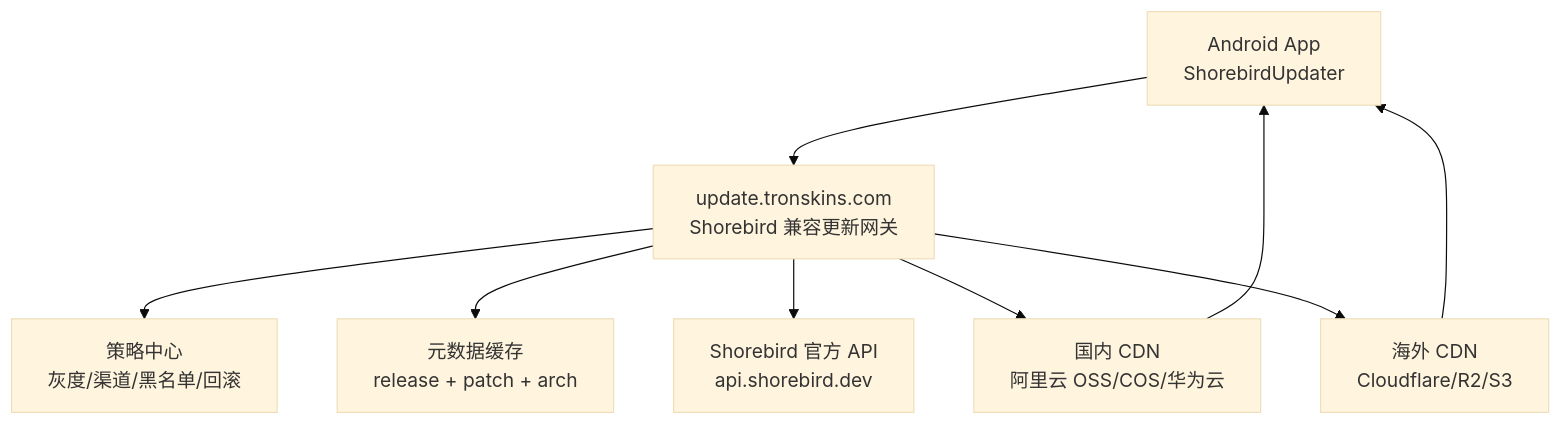
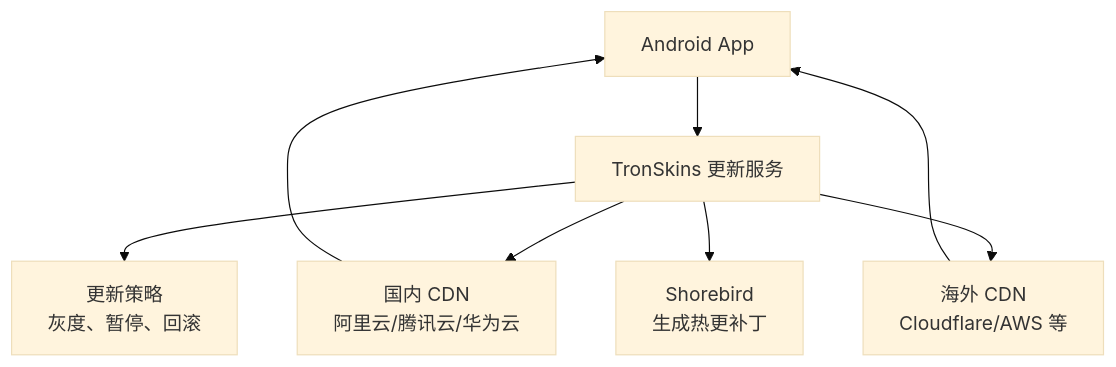
One commit to lzb036/tronskins-app-flutter-figma changed the diagram in 多元降级热更策略.md. Above: the diagram before and after it, drawn with Mermaid (base theme). The commit also changed other lines of this file, not shown here.

````diff
--- a/多元降级热更策略.md
+++ b/多元降级热更策略.md
@@ -67,11 +56,14 @@
 ```mermaid
 flowchart TD
-    A["Android App\nShorebirdUpdater"] --> B["update.tronskins.com\nShorebird 兼容更新网关"]
-    B --> C["策略中心\n灰度/渠道/黑名单/回滚"]
-    B --> D["元数据缓存\nrelease + patch + arch"]
-    B --> E["Shorebird 官方 API\napi.shorebird.dev"]
-    B --> F["国内 CDN\n阿里云 OSS/COS/华为云"]
-    B --> G["海外 CDN\nCloudflare/R2/S3"]
-    F --> A
-    G --> A
+    A["Android App"] --> B["TronSkins 更新服务"]
+    B --> C["更新策略
+    灰度、暂停、回滚"]
+    B --> D["国内 CDN
+    阿里云/腾讯云/华为云"]
+    B --> E["海外 CDN
+    Cloudflare/AWS 等"]
+    B --> F["Shorebird
+    生成热更补丁"]
+    D --> A
+    E --> A
 ```
````
